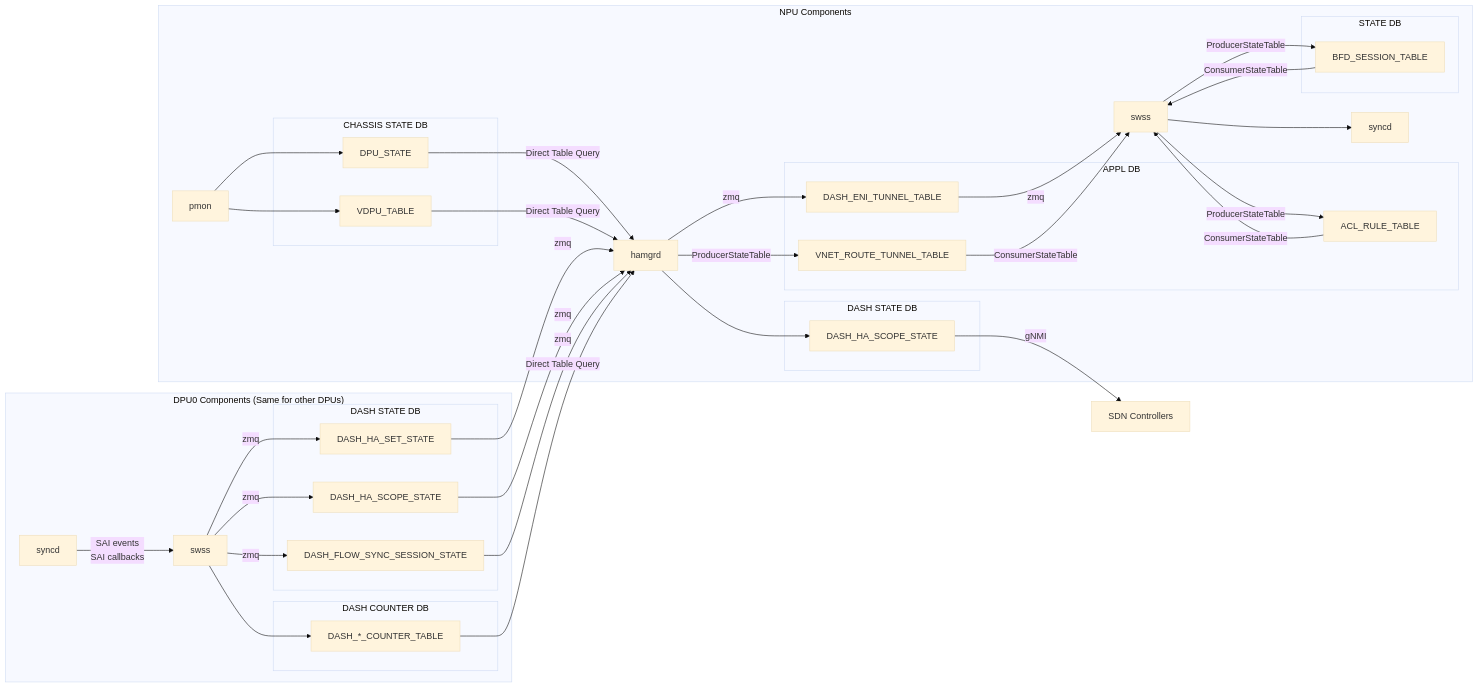
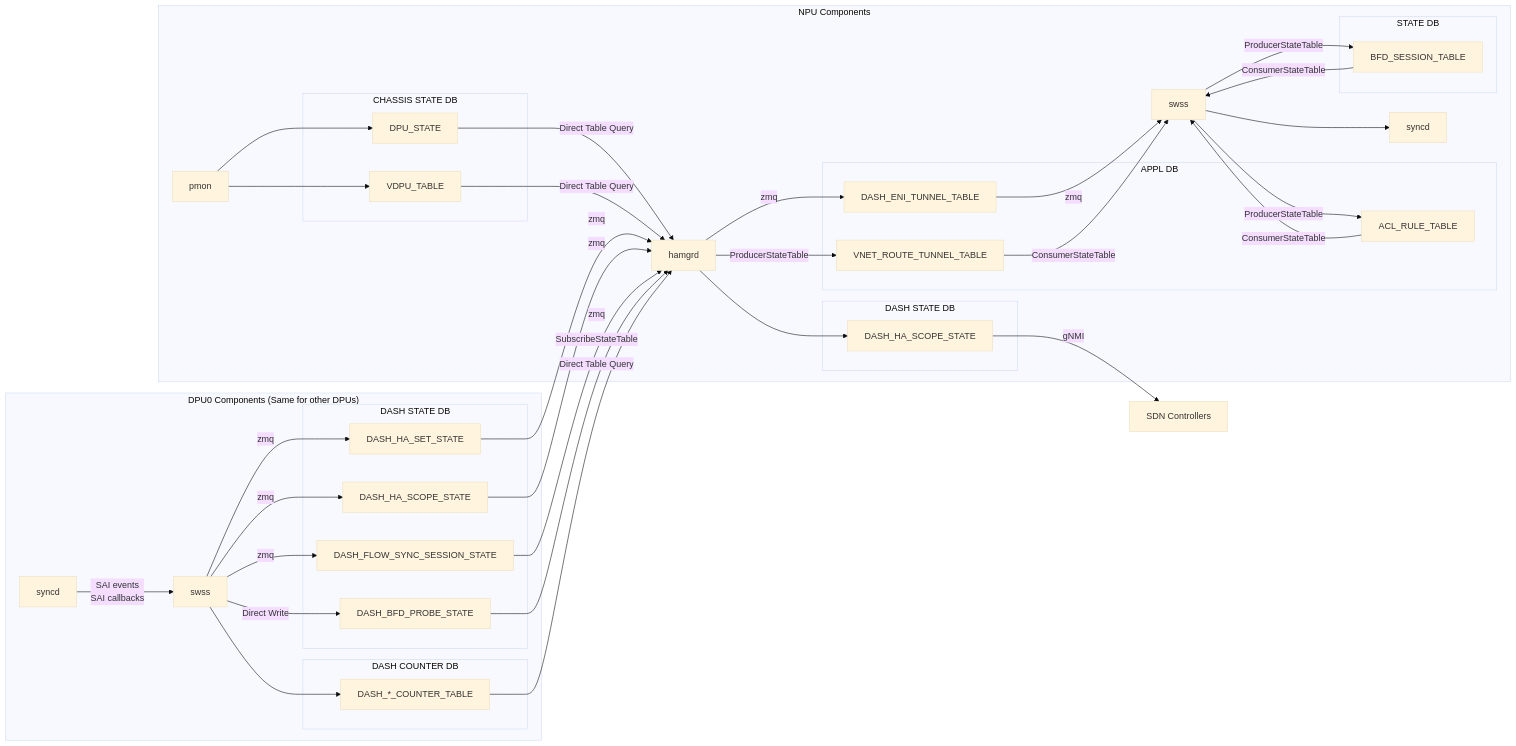
The second of 2 diagrams in doc/smart-switch/high-availability/smart-switch-ha-detailed-design.md (sonic-net/SONiC), drawn with Mermaid (base theme) before and after one commit. The commit also changed other lines of this file, not shown here.

Commit message:
Update BFD probe state update workflow and database schema.

```diff
--- a/doc/smart-switch/high-availability/smart-switch-ha-detailed-design.md
+++ b/doc/smart-switch/high-availability/smart-switch-ha-detailed-design.md
@@ -229,6 +233,7 @@
          DPU_DASH_HA_SET_STATE[DASH_HA_SET_STATE]
          DPU_DASH_HA_SCOPE_STATE[DASH_HA_SCOPE_STATE]
          DPU_DASH_FLOW_SYNC_SESSION_STATE[DASH_FLOW_SYNC_SESSION_STATE]
+         DPU_DASH_BFD_PROBE_STATE[DASH_BFD_PROBE_STATE]
       end
 
       subgraph DASH COUNTER DB
@@ -259,6 +264,7 @@
    DPU_DASH_HA_SET_STATE --> |zmq| NPU_HAMGRD
    DPU_DASH_HA_SCOPE_STATE --> |zmq| NPU_HAMGRD
    DPU_DASH_FLOW_SYNC_SESSION_STATE --> |zmq| NPU_HAMGRD
+   DPU_DASH_BFD_PROBE_STATE --> |SubscribeStateTable| NPU_HAMGRD
    DPU_DASH_COUNTERS --> |Direct Table Query| NPU_HAMGRD
 
    %% hamgrd --> NPU tables:
@@ -275,6 +281,7 @@
    DPU_SWSS --> |zmq| DPU_DASH_HA_SET_STATE
    DPU_SWSS --> |zmq| DPU_DASH_HA_SCOPE_STATE
    DPU_SWSS --> |zmq| DPU_DASH_FLOW_SYNC_SESSION_STATE
+   DPU_SWSS --> |Direct Write| DPU_DASH_BFD_PROBE_STATE
    DPU_SWSS --> DPU_DASH_COUNTERS
 
    %% NPU state tables --> Upstream service:
```
